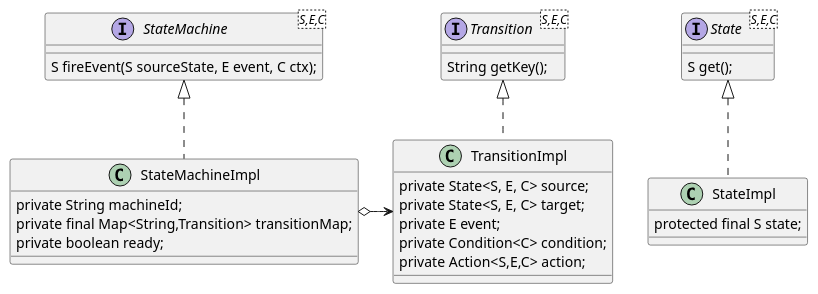
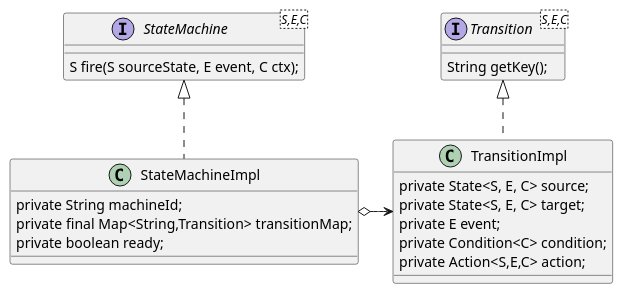
Before and after one commit to ismemonday/simple-statemachine: the diagram in src/main/resources/simple-statemachine.puml, drawn with PlantUML. The commit also changed 28 other files, not shown here.

```diff
--- a/src/main/resources/simple-statemachine.puml
+++ b/src/main/resources/simple-statemachine.puml
@@ -1,33 +1,26 @@
 @startuml
 interface StateMachine<S,E,C> {
-    S fireEvent(S sourceState, E event, C ctx);
+    S fire(S sourceState, E event, C ctx);
 }
 
 class StateMachineImpl implements StateMachine {
     private String machineId;
     private final Map<String,Transition> transitionMap;
     private boolean ready;
 }
 
 interface Transition<S,E,C> {
   String getKey();
 }
 
 class TransitionImpl implements Transition {
     private State<S, E, C> source;
     private State<S, E, C> target;
     private E event;
     private Condition<C> condition;
     private Action<S,E,C> action;
 }
 StateMachineImpl o-> TransitionImpl
 
-interface State<S,E,C>{
-    S get();
-}
-
-class StateImpl implements State{
-    protected final S state;
-}
 
 @enduml
```
